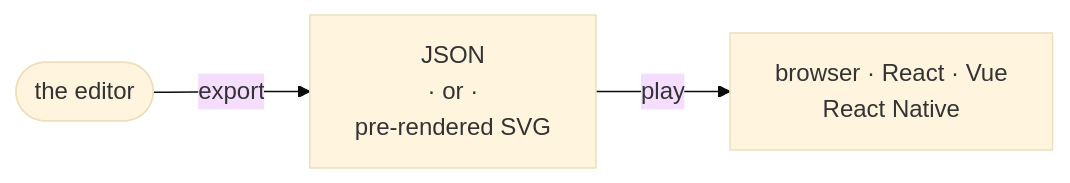
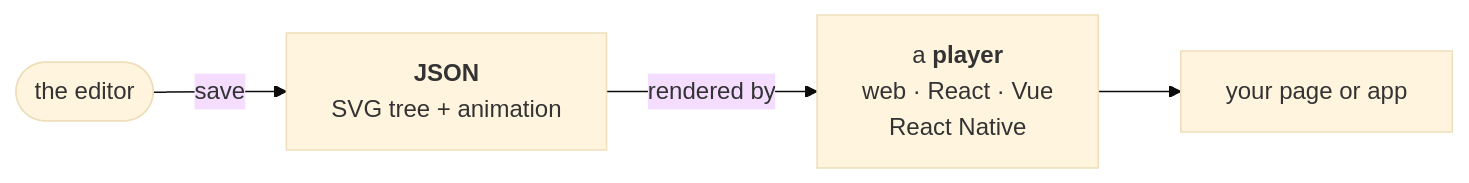
The first of 3 diagrams in docs/01-start--introduction.md (pixodesk/pixodesk-svg-animator), drawn with Mermaid before and after one commit. The commit also changed other lines of this file and 2 other files, not shown here.

````diff
--- a/docs/01-start--introduction.md
+++ b/docs/01-start--introduction.md
@@ -13,9 +30,10 @@
 ```mermaid
-%%{init: {'theme':'base', 'flowchart':{'nodeSpacing': 50, 'rankSpacing': 60, 'curve': 'basis'}}}%%
+%%{init: {'theme':'base', 'flowchart':{'nodeSpacing': 40, 'rankSpacing': 55, 'curve': 'basis'}}}%%
 flowchart LR
     Editor(["the editor"])
-    Files["JSON<br/>· or ·<br/>pre-rendered SVG"]
-    Players["browser · React · Vue<br/>React Native"]
+    JSON["<b>JSON</b><br/>SVG tree + animation"]
+    Player["a <b>player</b><br/>web · React · Vue<br/>React Native"]
+    App["your page or app"]
 
-    Editor -- export --> Files -- play --> Players
+    Editor -- save --> JSON -- rendered by --> Player --> App
 ```
````
